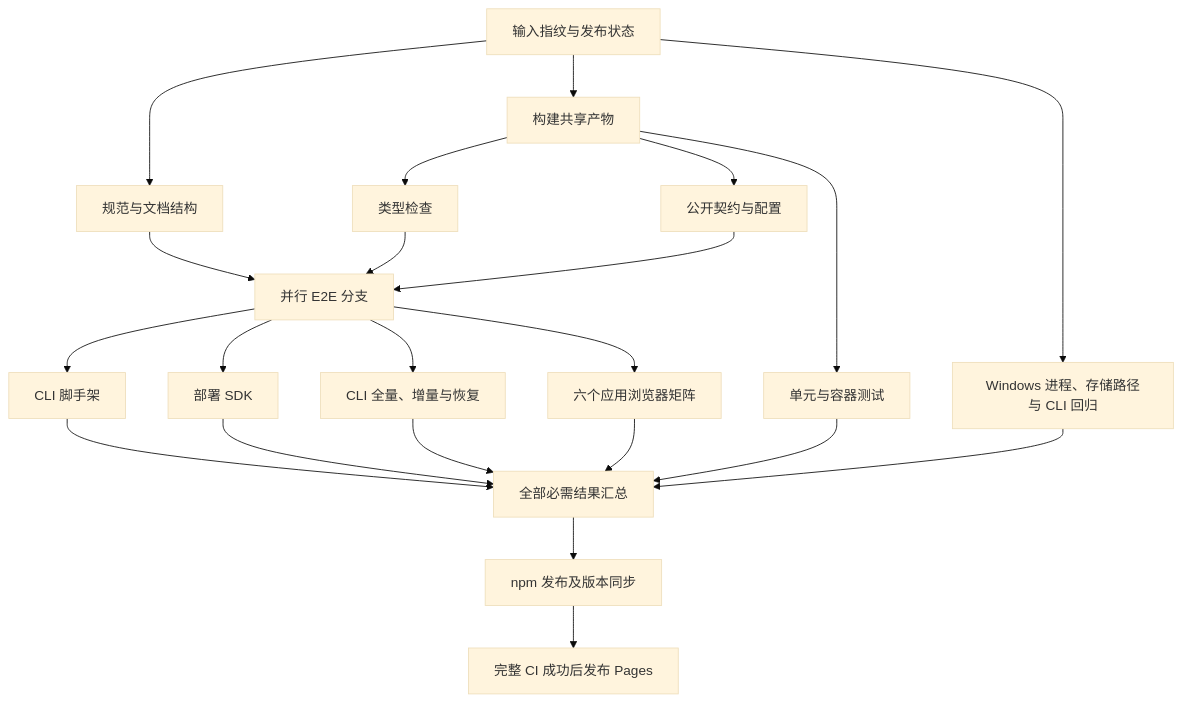
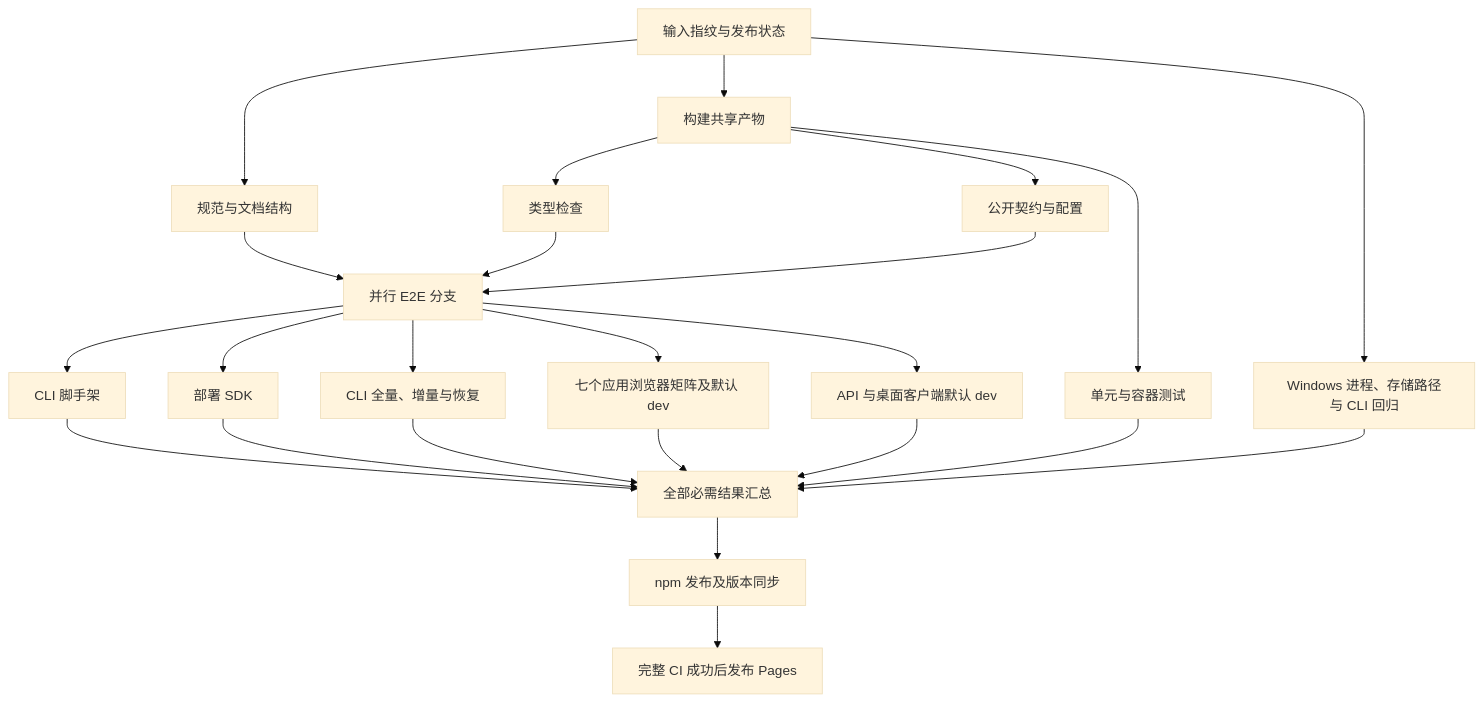
The diagram in docs/ci.md (hai-series/hai-framework), drawn with Mermaid (base theme) before and after one commit. The commit also changed other lines of this file and 170 other files, not shown here.

````diff
--- a/docs/ci.md
+++ b/docs/ci.md
@@ -23,24 +25,26 @@
 ```mermaid
 flowchart TD
   P[输入指纹与发布状态] --> B[构建共享产物]
   P --> L[规范与文档结构]
   P --> W[Windows 进程、存储路径与 CLI 回归]
   B --> T[类型检查]
   B --> C[公开契约与配置]
   B --> U[单元与容器测试]
   L --> E[并行 E2E 分支]
   T --> E
   C --> E
   E --> S[CLI 脚手架]
   E --> D[部署 SDK]
   E --> I[CLI 全量、增量与恢复]
-  E --> A[六个应用浏览器矩阵]
+  E --> A[七个应用浏览器矩阵及默认 dev]
+  E --> N[API 与桌面客户端默认 dev]
   S --> Q[全部必需结果汇总]
   D --> Q
   I --> Q
   A --> Q
+  N --> Q
   U --> Q
   W --> Q
   Q --> R[npm 发布及版本同步]
   R --> G[完整 CI 成功后发布 Pages]
 ```
````
